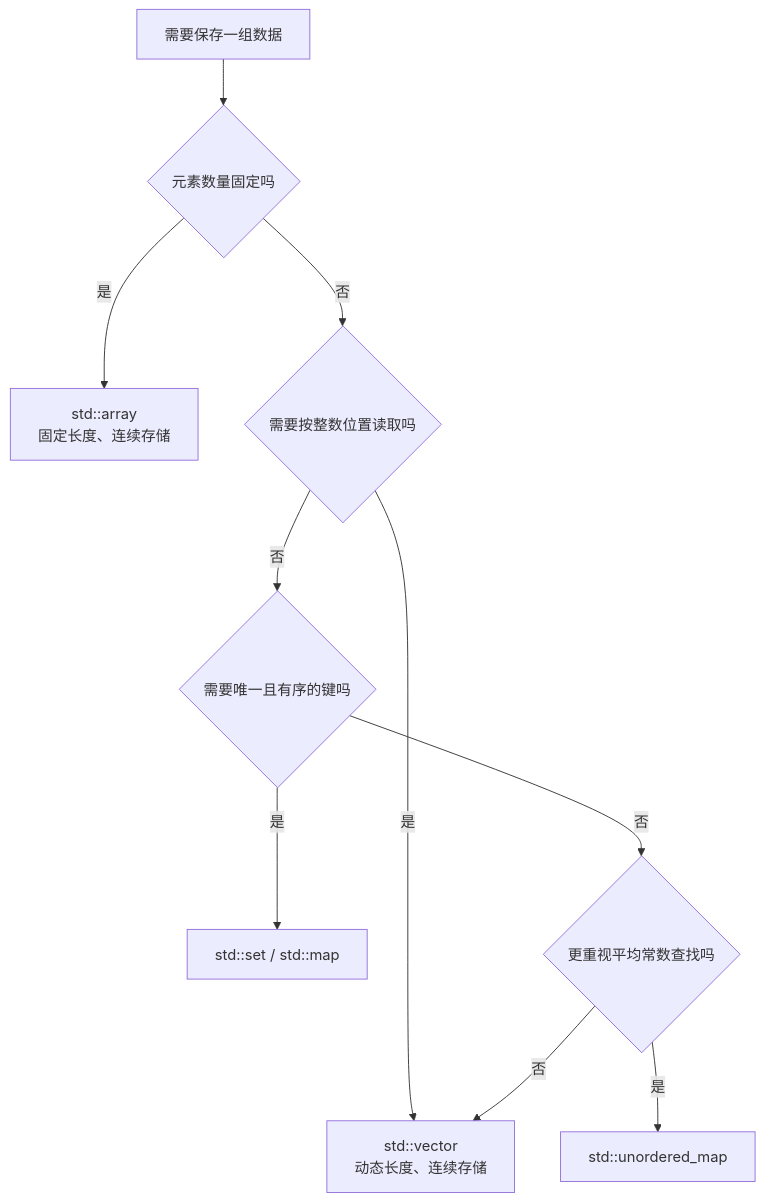
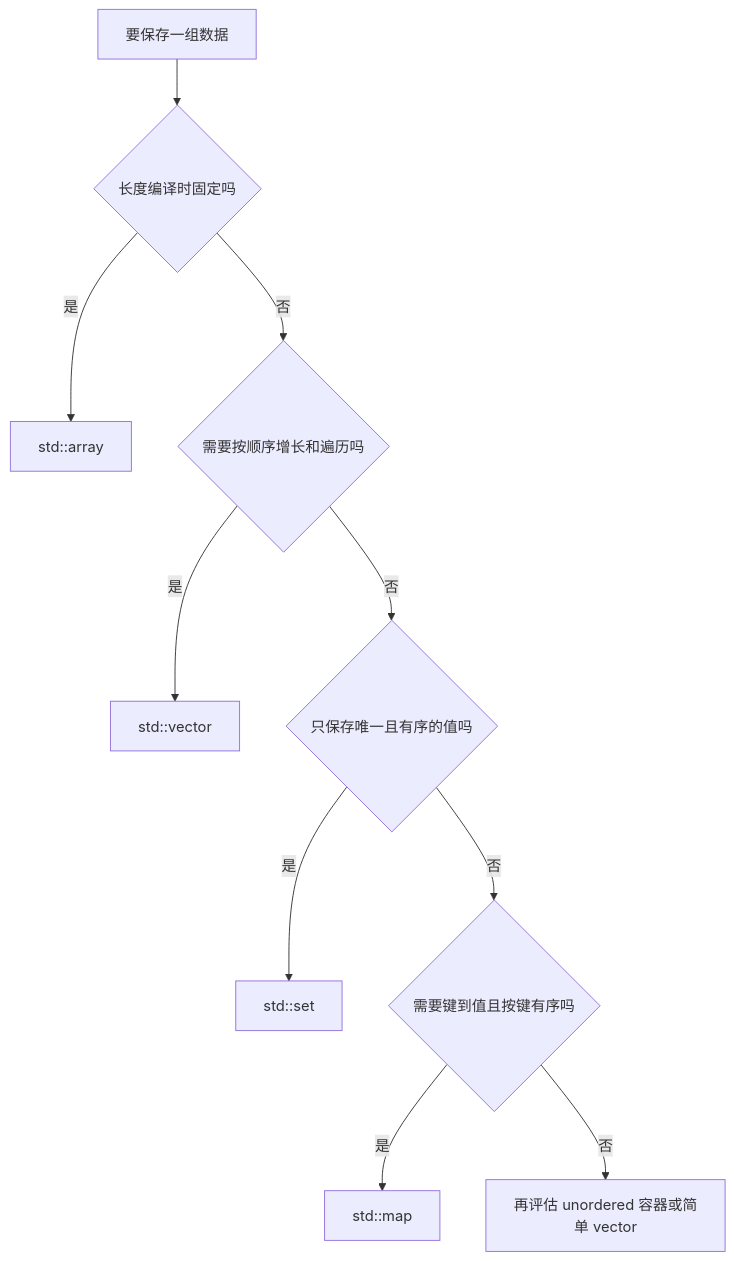
The diagram in learning-paths/programming-languages/cpp-core/04-stl-containers-iterators-algorithms.md (cafelemon/become_engineer), drawn with Mermaid before and after one commit. The commit also changed other lines of this file and 205 other files, not shown here.

````diff
--- a/learning-paths/programming-languages/cpp-core/04-stl-containers-iterators-algorithms.md
+++ b/learning-paths/programming-languages/cpp-core/04-stl-containers-iterators-algorithms.md
@@ -95,12 +50,12 @@
 ```mermaid
 flowchart TD
-    A["需要保存一组数据"] --> B{"元素数量固定吗"}
-    B -- "是" --> C["std::array\n固定长度、连续存储"]
-    B -- "否" --> D{"需要按整数位置读取吗"}
-    D -- "是" --> E["std::vector\n动态长度、连续存储"]
-    D -- "否" --> F{"需要唯一且有序的键吗"}
-    F -- "是" --> G["std::set / std::map"]
-    F -- "否" --> H{"更重视平均常数查找吗"}
-    H -- "是" --> I["std::unordered_map"]
-    H -- "否" --> E
+    A["要保存一组数据"] --> B{"长度编译时固定吗"}
+    B -- "是" --> C["std::array"]
+    B -- "否" --> D{"需要按顺序增长和遍历吗"}
+    D -- "是" --> E["std::vector"]
+    D -- "否" --> F{"只保存唯一且有序的值吗"}
+    F -- "是" --> G["std::set"]
+    F -- "否" --> H{"需要键到值且按键有序吗"}
+    H -- "是" --> I["std::map"]
+    H -- "否" --> J["再评估 unordered 容器或简单 vector"]
 ```
````
